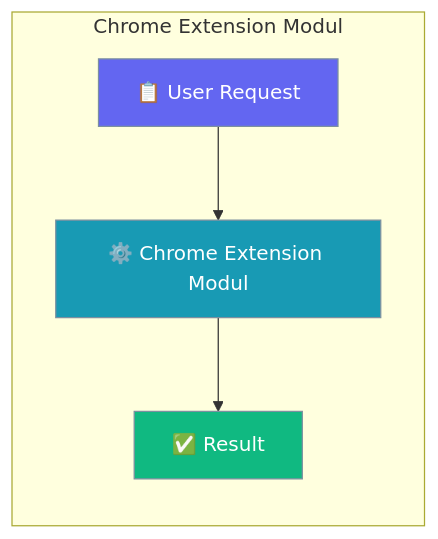
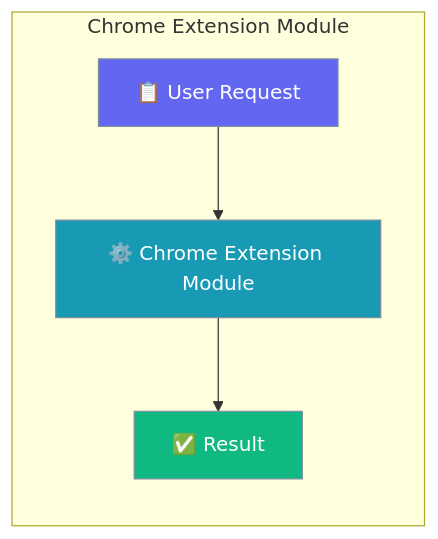
Before and after one commit to MervinPraison/PraisonAIDocs: the first of 4 diagrams in docs/tools/chrome-extension.mdx, drawn with Mermaid. The commit also changed other lines of this file and 45 other files, not shown here.

First line of the commit message:
docs: fix truncated Mermaid diagram feature names (22-char cutoff)

````diff
--- a/docs/tools/chrome-extension.mdx
+++ b/docs/tools/chrome-extension.mdx
@@ -8,15 +8,15 @@
 ```mermaid
 graph LR
-    subgraph "Chrome Extension Modul"
-        Request[📋 User Request] --> Process[⚙️ Chrome Extension Modul]
+    subgraph "Chrome Extension Module"
+        Request[📋 User Request] --> Process[⚙️ Chrome Extension Module]
         Process --> Result[✅ Result]
     end
 
     classDef input fill:#6366F1,stroke:#7C90A0,color:#fff
     classDef process fill:#189AB4,stroke:#7C90A0,color:#fff
     classDef output fill:#10B981,stroke:#7C90A0,color:#fff
 
     class Request input
     class Process process
     class Result output
 ```
````
